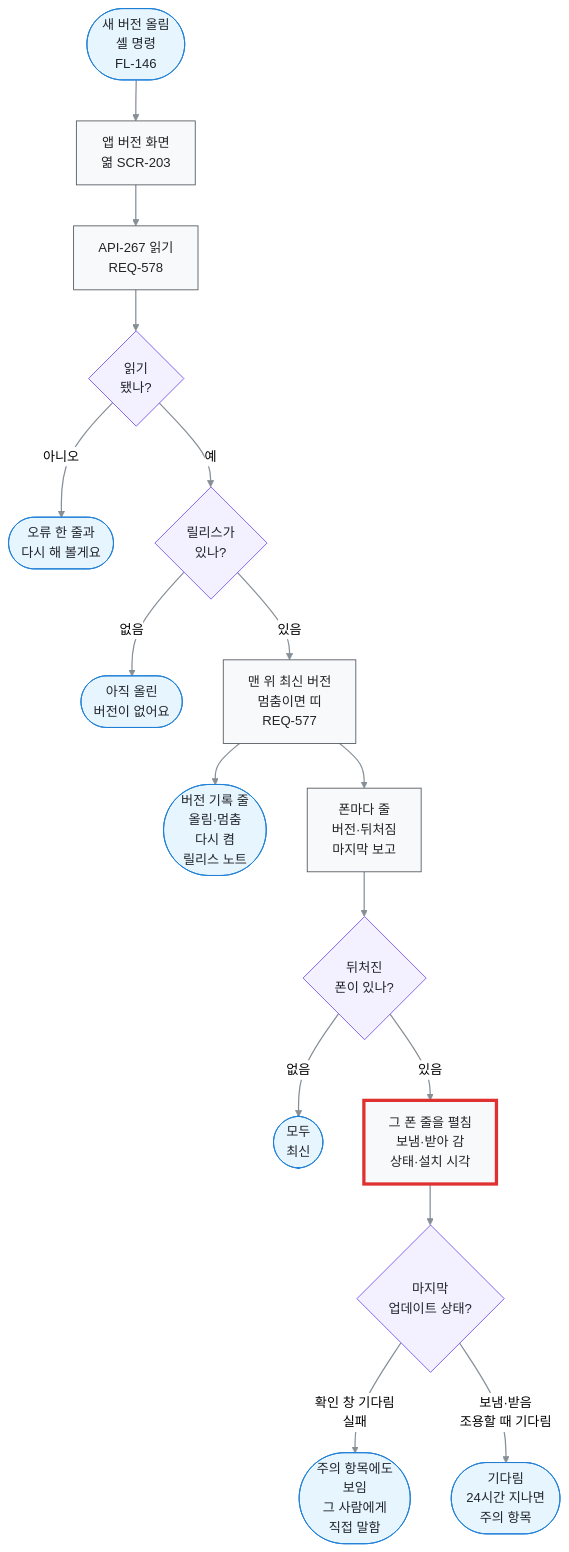
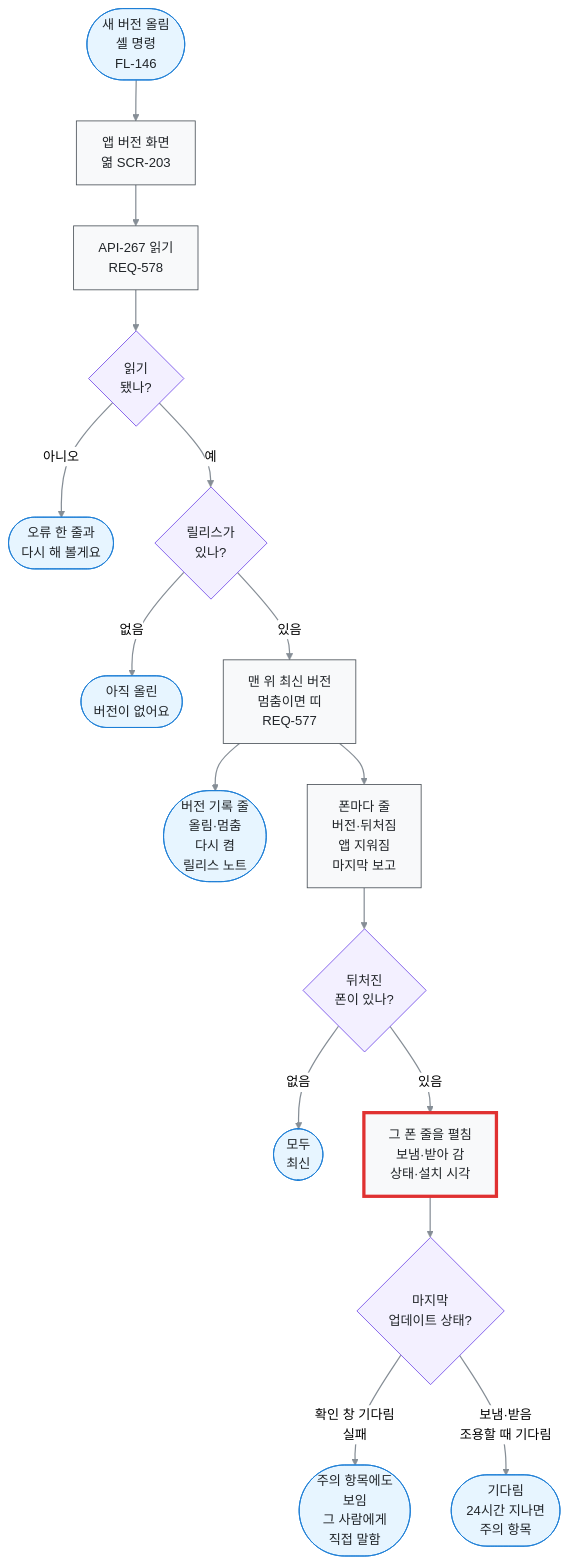
The diagram in docs/03-user-flow/FL-201-admin-app-version.md (kodonghui/marong2), drawn with Mermaid (neutral theme) before and after one commit. The commit also changed other lines of this file and 20 other files, not shown here.

````diff
--- a/docs/03-user-flow/FL-201-admin-app-version.md
+++ b/docs/03-user-flow/FL-201-admin-app-version.md
@@ -8,45 +9,45 @@
 ```mermaid
 flowchart TD
   A(["새 버전 올림<br/>셸 명령<br/>FL-146"])
   B["앱 버전 화면<br/>엶 SCR-203"]
   C["API-267 읽기<br/>REQ-578"]
   D{"읽기<br/>됐나?"}
   D1(["오류 한 줄과<br/>다시 해 볼게요"])
   E{"릴리스가<br/>있나?"}
   E1(["아직 올린<br/>버전이 없어요"])
   F["맨 위 최신 버전<br/>멈춤이면 띠<br/>REQ-577"]
   G(["버전 기록 줄<br/>올림·멈춤<br/>다시 켬<br/>릴리스 노트"])
-  H["폰마다 줄<br/>버전·뒤처짐<br/>마지막 보고"]
+  H["폰마다 줄<br/>버전·뒤처짐<br/>앱 지워짐<br/>마지막 보고"]
   I{"뒤처진<br/>폰이 있나?"}
   I1(["모두<br/>최신"])
   J["그 폰 줄을 펼침<br/>보냄·받아 감<br/>상태·설치 시각"]
   K{"마지막<br/>업데이트 상태?"}
   K1(["주의 항목에도<br/>보임<br/>그 사람에게<br/>직접 말함"])
   K2(["기다림<br/>24시간 지나면<br/>주의 항목"])
   A e1@--> B
   B e2@--> C
   C e3@--> D
   D e4@-->|"아니오"| D1
   D e5@-->|"예"| E
   E e6@-->|"없음"| E1
   E e7@-->|"있음"| F
   F e8@--> G
   F e9@--> H
   H e10@--> I
   I e11@-->|"없음"| I1
   I e12@-->|"있음"| J
   J e13@--> K
   K e14@-->|"확인 창 기다림<br/>실패"| K1
   K e15@-->|"보냄·받음<br/>조용할 때 기다림"| K2
   %% legend: below
   classDef term fill:#e7f5ff,stroke:#1c7ed6,color:#212529
   classDef proc fill:#f8f9fa,stroke:#495057,color:#212529
   classDef decide fill:#f3f0ff,stroke:#7048e8,color:#212529
   classDef key stroke:#e03131,stroke-width:4px
   classDef pass stroke:#868e96,stroke-width:1.5px
   class A,D1,E1,G,I1,K1,K2 term
   class B,C,F,H,J proc
   class D,E,I,K decide
   class J key
   class e1,e2,e3,e4,e5,e6,e7,e8,e9,e10,e11,e12,e13,e14,e15 pass
 ```
````
